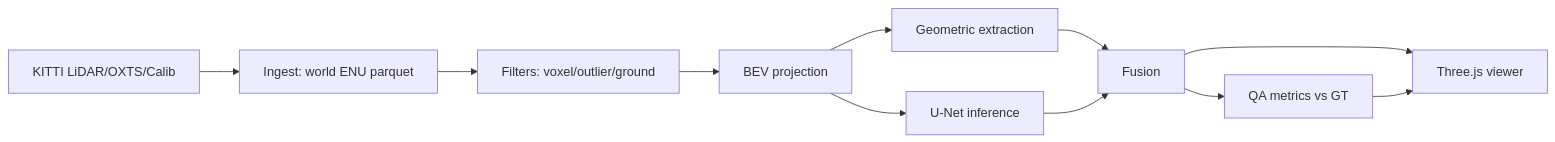
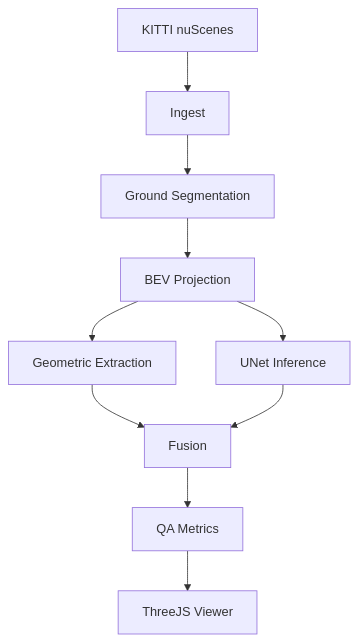
Before and after one commit to aakashkolli/hd-map-pipeline: the diagram in README.md, drawn with Mermaid. The commit also changed other lines of this file, not shown here.

````diff
--- a/README.md
+++ b/README.md
@@ -37,13 +73,12 @@
 ```mermaid
-flowchart LR
-  A[KITTI LiDAR/OXTS/Calib] --> B[Ingest: world ENU parquet]
-  B --> C[Filters: voxel/outlier/ground]
-  C --> D[BEV projection]
-  D --> E[Geometric extraction]
-  D --> F[U-Net inference]
-  E --> G[Fusion]
-  F --> G
-  G --> H[QA metrics vs GT]
-  G --> I[Three.js viewer]
-  H --> I
+graph TD
+    A[KITTI nuScenes] --> B[Ingest]
+    B --> C[Ground Segmentation]
+    C --> D[BEV Projection]
+    D --> E[Geometric Extraction]
+    D --> F[UNet Inference]
+    E --> G[Fusion]
+    F --> G
+    G --> H[QA Metrics]
+    H --> I[ThreeJS Viewer]
 ```
````
